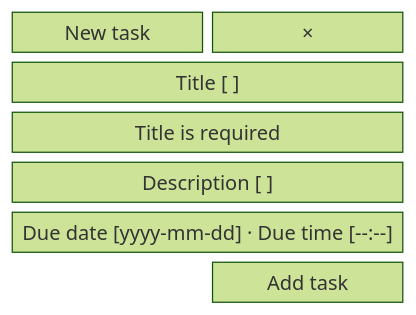
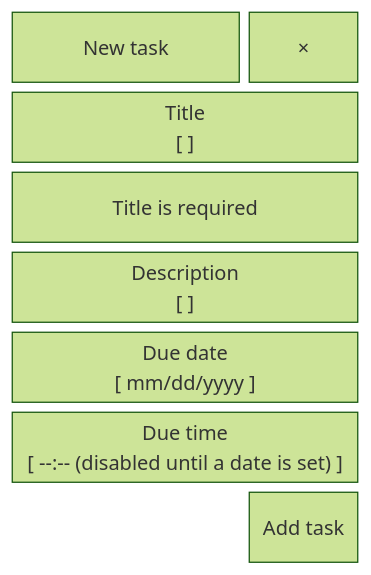
The ninth of 15 diagrams in docs/ui.md (charlesmalo/FociToDo), drawn with Mermaid (forest theme) before and after one commit. The commit also changed other lines of this file and 25 other files, not shown here.

First line of the commit message:
docs(diagrams): match the wireframes and diagrams to the current UI and API

````diff
--- a/docs/ui.md
+++ b/docs/ui.md
@@ -146,10 +169,11 @@
 ```mermaid
 block-beta
-  columns 2
-  heading["New task"] close["×"]
-  titlefield["Title [ ]"]:2
-  titleerror["Title is required"]:2
-  description["Description [ ]"]:2
-  due["Due date [yyyy-mm-dd] · Due time [--:--]"]:2
-  space add["Add task"]
+  columns 3
+  heading["New task"]:2 close["×"]
+  titlefield["Title<br/>[  ]"]:3
+  titleerror["Title is required"]:3
+  description["Description<br/>[  ]"]:3
+  duedate["Due date<br/>[ mm/dd/yyyy ]"]:3
+  duetime["Due time<br/>[ --:-- (disabled until a date is set) ]"]:3
+  space:2 add["Add task"]
 ```
````
